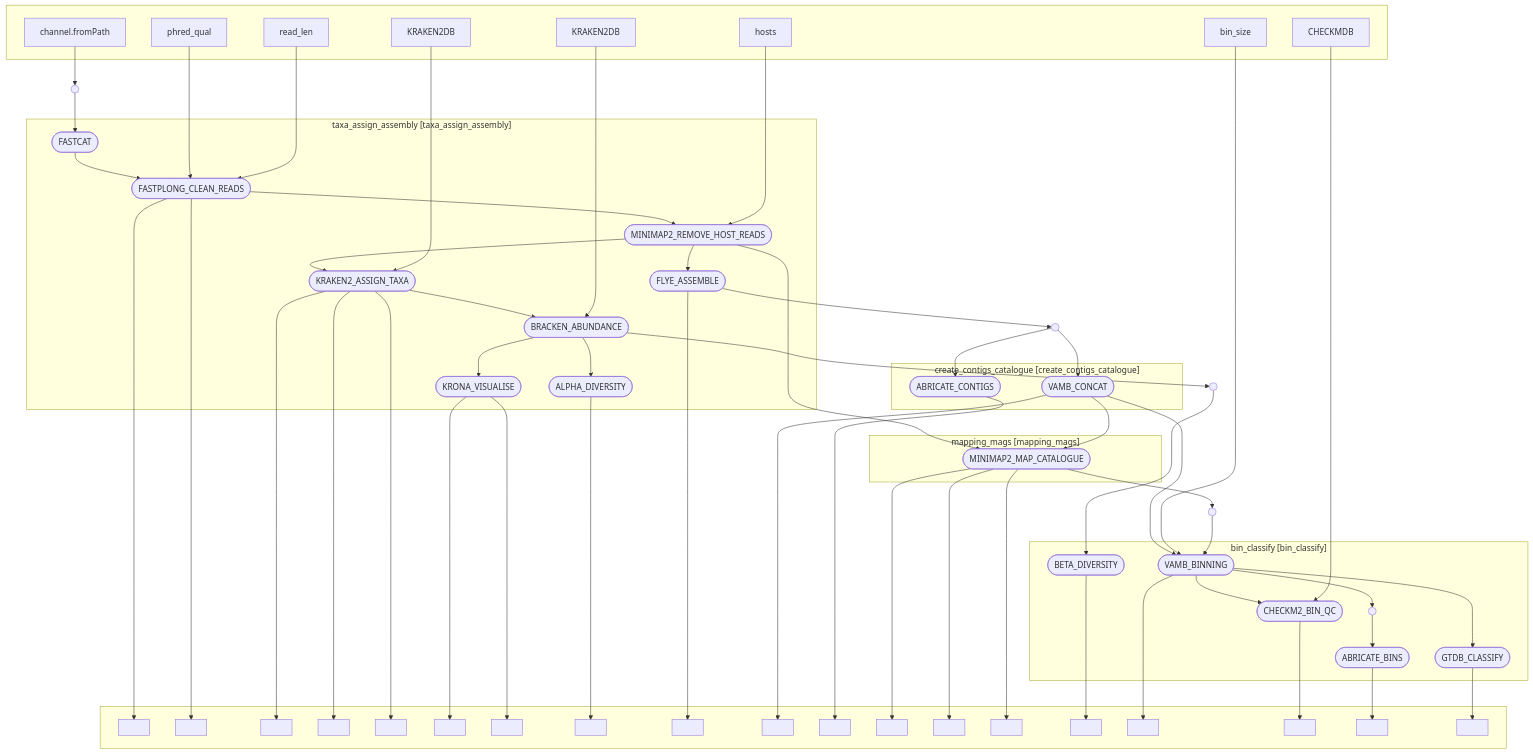
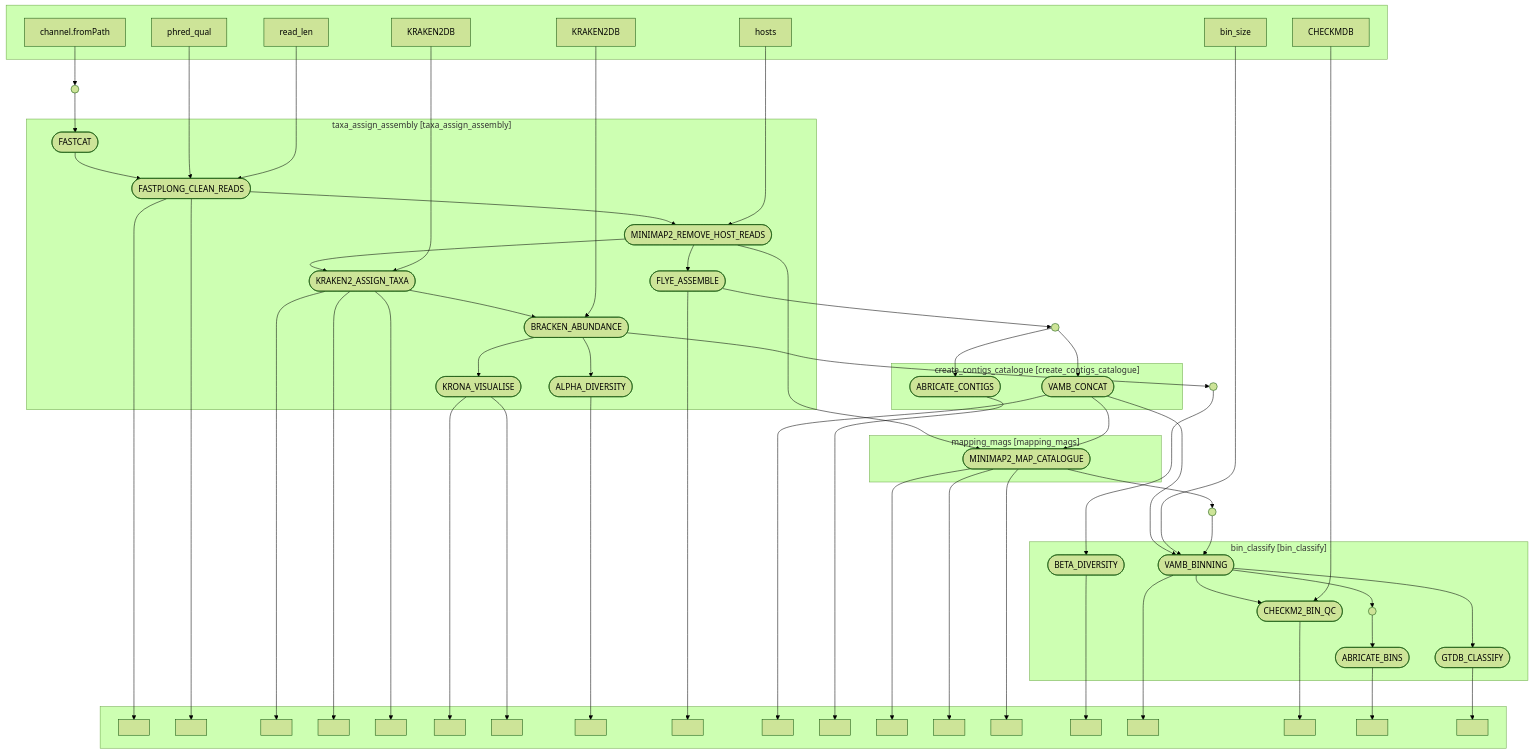
The diagram in workflow.mmd (Aduboahen/bacteria_metagenomics), drawn with Mermaid before and after one commit.

Commit message:
add theme

```diff
--- a/workflow.mmd
+++ b/workflow.mmd
@@ -1,110 +1,111 @@
+%%{init: {'theme': 'forest'}}%%
 flowchart TB
     subgraph " "
     v0["channel.fromPath"]
     v3["phred_qual"]
     v4["read_len"]
     v8["hosts"]
     v10["KRAKEN2DB"]
     v15["KRAKEN2DB"]
     v38["bin_size"]
     v41["CHECKMDB"]
     end
     subgraph "taxa_assign_assembly [taxa_assign_assembly]"
     v2(["FASTCAT"])
     v5(["FASTPLONG_CLEAN_READS"])
     v9(["MINIMAP2_REMOVE_HOST_READS"])
     v11(["KRAKEN2_ASSIGN_TAXA"])
     v16(["BRACKEN_ABUNDANCE"])
     v17(["KRONA_VISUALISE"])
     v20(["ALPHA_DIVERSITY"])
     v22(["FLYE_ASSEMBLE"])
     end
     subgraph " "
     v6[" "]
     v7[" "]
     v12[" "]
     v13[" "]
     v14[" "]
     v18[" "]
     v19[" "]
     v21[" "]
     v23[" "]
     v26[" "]
     v28[" "]
     v30[" "]
     v31[" "]
     v32[" "]
     v37[" "]
     v40[" "]
     v43[" "]
     v46[" "]
     v48[" "]
     end
     subgraph "create_contigs_catalogue [create_contigs_catalogue]"
     v25(["VAMB_CONCAT"])
     v27(["ABRICATE_CONTIGS"])
     end
     subgraph "mapping_mags [mapping_mags]"
     v29(["MINIMAP2_MAP_CATALOGUE"])
     end
     subgraph "bin_classify [bin_classify]"
     v36(["BETA_DIVERSITY"])
     v39(["VAMB_BINNING"])
     v42(["CHECKM2_BIN_QC"])
     v45(["ABRICATE_BINS"])
     v47(["GTDB_CLASSIFY"])
     v44(( ))
     end
     v1(( ))
     v24(( ))
     v33(( ))
     v35(( ))
     v0 --> v1
     v1 --> v2
     v2 --> v5
     v3 --> v5
     v4 --> v5
     v5 --> v9
     v5 --> v7
     v5 --> v6
     v8 --> v9
     v9 --> v11
     v9 --> v22
     v9 --> v29
     v10 --> v11
     v11 --> v14
     v11 --> v16
     v11 --> v13
     v11 --> v12
     v15 --> v16
     v16 --> v17
     v16 --> v20
     v16 --> v33
     v17 --> v19
     v17 --> v18
     v20 --> v21
     v22 --> v23
     v22 --> v24
     v24 --> v25
     v25 --> v29
     v25 --> v26
     v25 --> v39
     v24 --> v27
     v27 --> v28
     v29 --> v32
     v29 --> v31
     v29 --> v30
     v29 --> v35
     v33 --> v36
     v36 --> v37
     v38 --> v39
     v35 --> v39
     v39 --> v42
     v39 --> v40
     v39 --> v47
     v39 --> v44
     v41 --> v42
     v42 --> v43
     v44 --> v45
     v45 --> v46
     v47 --> v48
```
